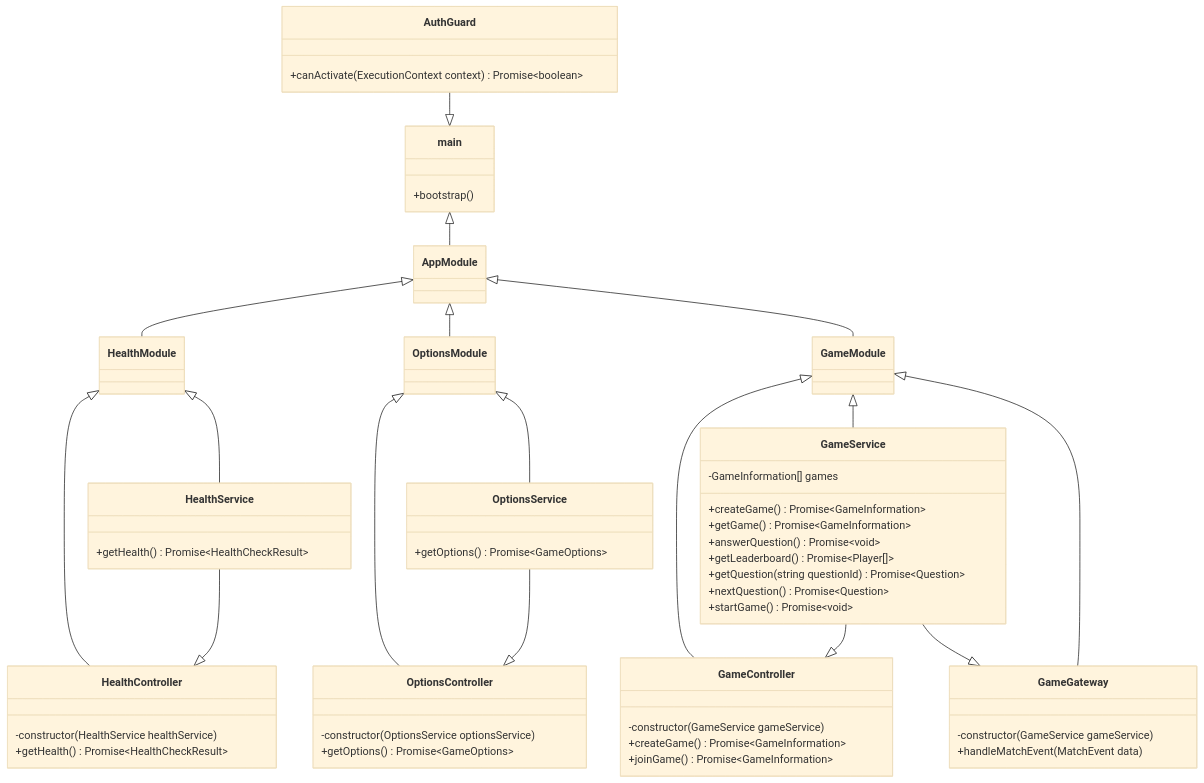
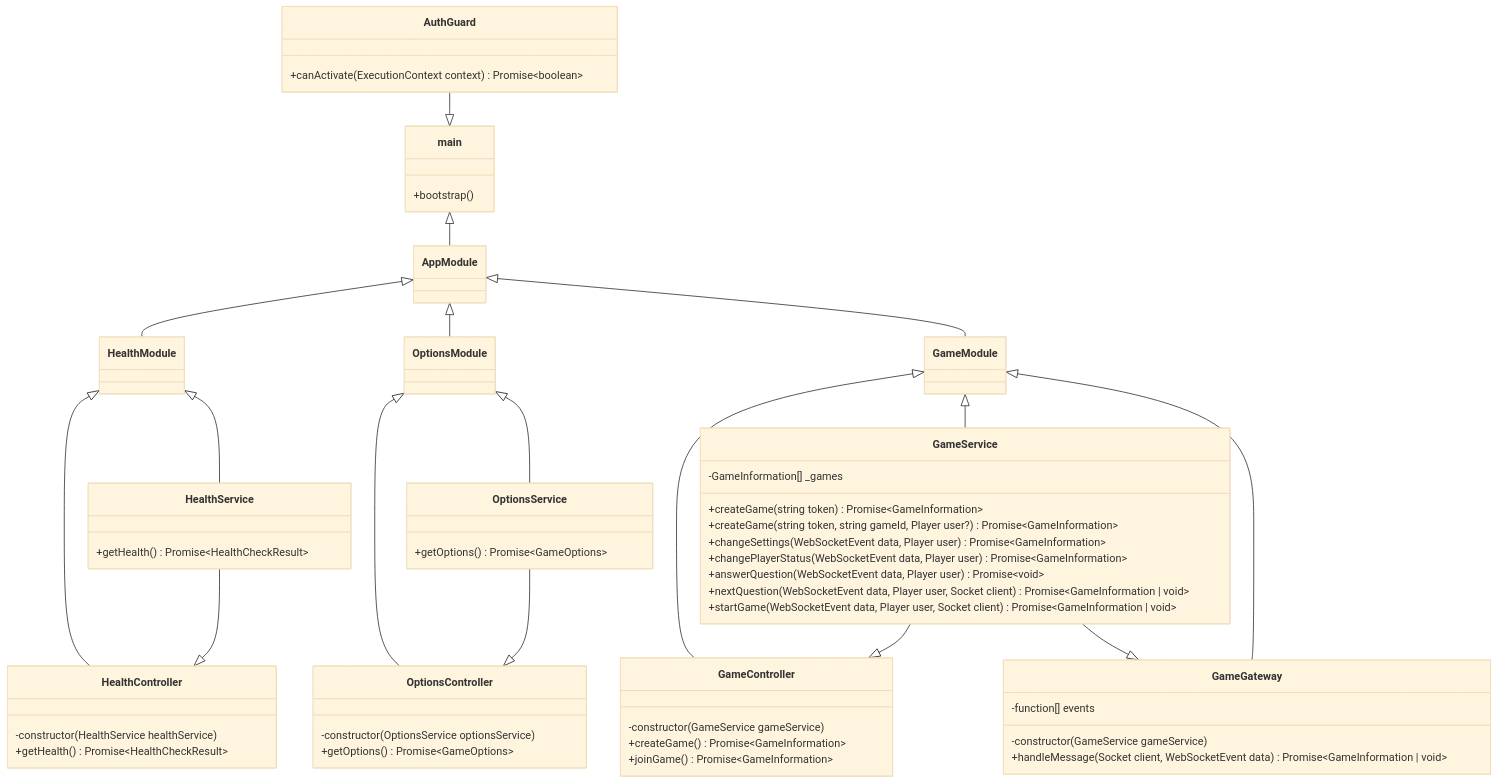
Before and after one commit to linusromlandITHS/Testing-and-TypeScript-Laboration-1: the diagram in docs/classDiagramAPI.md, drawn with Mermaid (base theme).

````diff
--- a/docs/classDiagramAPI.md
+++ b/docs/classDiagramAPI.md
@@ -3,79 +3,80 @@
 ```mermaid
 classDiagram
     %% Startup function
     class main{
       +bootstrap()
     }
 
     %% Main Module
     class AppModule
 
     %% Guards
     class AuthGuard{
       +canActivate(ExecutionContext context) Promise~boolean~
     }
     AuthGuard --|> main
 
     class HealthModule
     class HealthController{
         -constructor(HealthService healthService)
         +getHealth() Promise~HealthCheckResult~
     }
     class HealthService{
         +getHealth() Promise~HealthCheckResult~
     }
 
     class OptionsModule
     class OptionsController{
         -constructor(OptionsService optionsService)
         +getOptions() Promise~GameOptions~
     }
     class OptionsService{
         +getOptions() Promise~GameOptions~
     }
 
     class GameModule
     class GameController{
         -constructor(GameService gameService)
         +createGame() Promise~GameInformation~
         +joinGame() Promise~GameInformation~
     }
     class GameGateway{
         -constructor(GameService gameService)
-        +handleMatchEvent(MatchEvent data)
+        -function[] events
+        +handleMessage(Socket client, WebSocketEvent data) Promise~GameInformation | void~
     }
     class GameService{
-        -GameInformation[] games
-        +createGame() Promise~GameInformation~
-        +getGame() Promise~GameInformation~
-        +answerQuestion() Promise~void~
-        +getLeaderboard() Promise~Player[]~
-        +getQuestion(string questionId) Promise~Question~
-        +nextQuestion() Promise~Question~
-        +startGame() Promise~void~
+        -GameInformation[] _games
+        +createGame(string token) Promise~GameInformation~
+        +createGame(string token, string gameId, Player user?) Promise~GameInformation~
+        +changeSettings(WebSocketEvent data, Player user) Promise~GameInformation~
+        +changePlayerStatus(WebSocketEvent data, Player user) Promise~GameInformation~
+        +answerQuestion(WebSocketEvent data, Player user) Promise~void~
+        +nextQuestion(WebSocketEvent data, Player user, Socket client) Promise~GameInformation | void~
+        +startGame(WebSocketEvent data, Player user, Socket client) Promise~GameInformation | void~
 
     }
 
     %% Relations
     main <|-- AppModule
     AppModule <|-- HealthModule
     AppModule <|-- OptionsModule
     AppModule <|-- GameModule
 
     HealthModule <|-- HealthController
     HealthModule <|-- HealthService
 
     HealthService --|> HealthController
 
     OptionsModule <|-- OptionsController
     OptionsModule <|-- OptionsService
 
     OptionsService --|> OptionsController
 
     GameModule <|-- GameController
     GameModule <|-- GameService
 
     GameService --|> GameGateway
     GameService --|> GameController
     GameModule <|-- GameGateway
 ```
````
